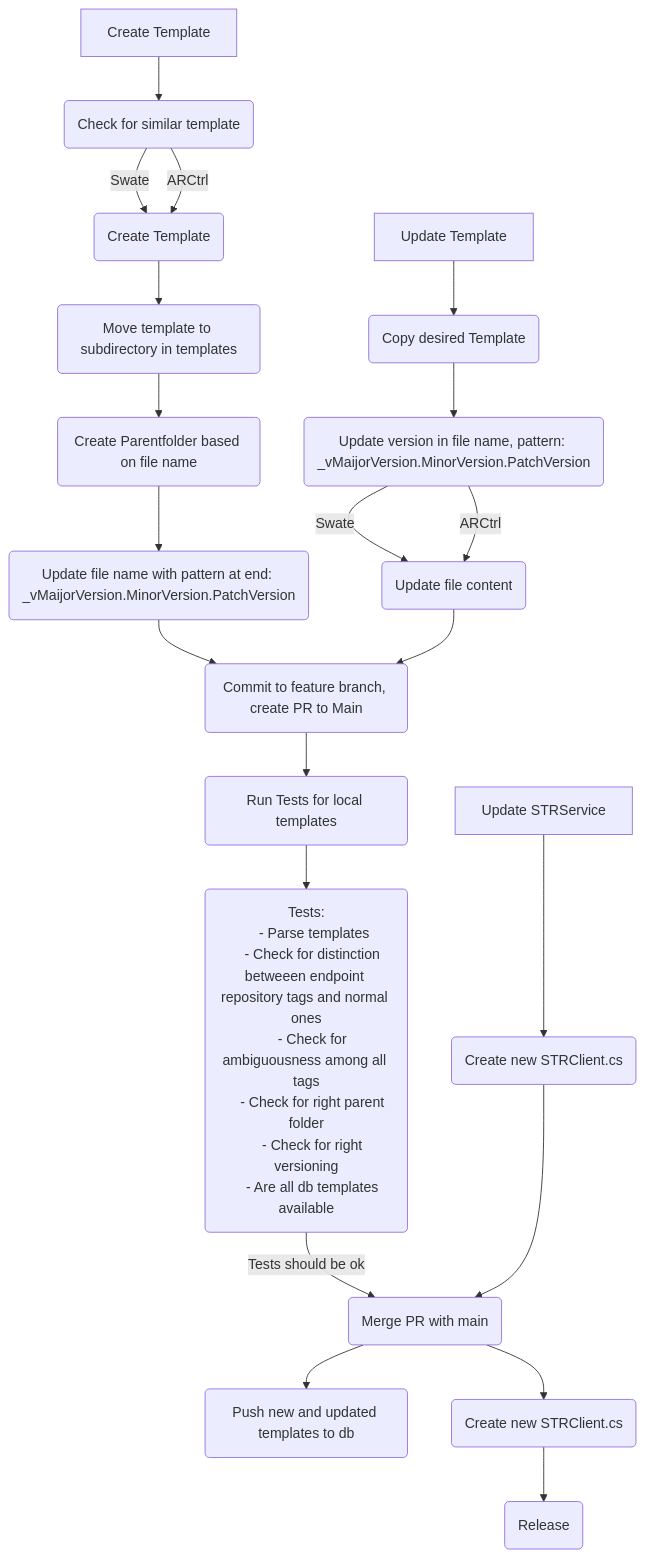
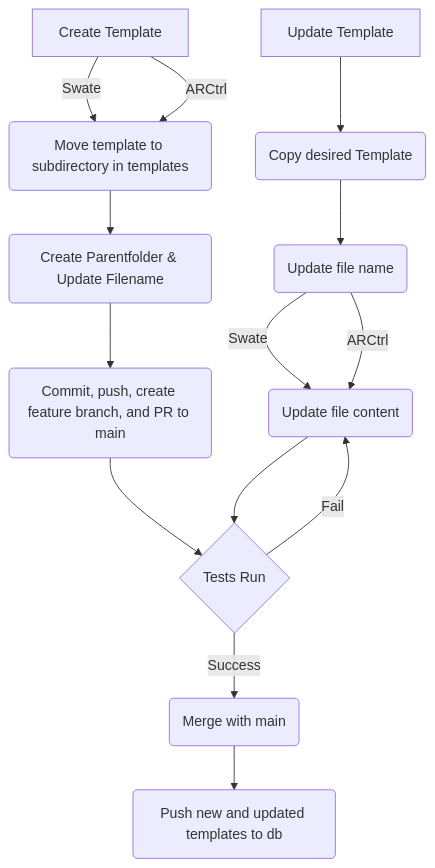
The diagram in src/STRCI/README.md (nfdi4plants/Swate-templates), drawn with Mermaid before and after one commit. The commit also changed other lines of this file and 1 other file, not shown here.

Commit message:
Update workflow graphs

````diff
--- a/src/STRCI/README.md
+++ b/src/STRCI/README.md
@@ -1,30 +3,16 @@
 ```mermaid
     flowchart TD
-    A[Create Template] --> B(Check for similar template)
-    B --> |Swate| C(Create Template)
-    B --> |ARCtrl| C(Create Template)
-    C --> D(Move template to subdirectory in templates)
-    D --> E(Create Parentfolder based on file name)
-    E --> F(Update file name with pattern at end: _vMaijorVersion.MinorVersion.PatchVersion)
-    AA[Update Template] --> BB(Copy desired Template)
-    BB --> CC(Update version in file name, pattern: _vMaijorVersion.MinorVersion.PatchVersion)
-    CC --> |Swate| DD(Update file content)
-    CC --> |ARCtrl| DD(Update file content)
-    F --> G(Commit to feature branch, create PR to Main)
-    DD --> G
-    G --> H(Run Tests for local templates)
-    H --> I(Tests:
-        - Parse templates
-        - Check for distinction betweeen endpoint repository tags and normal ones
-        - Check for ambiguousness among all tags
-        - Check for right parent folder
-        - Check for right versioning
-        - Are all db templates available
-        )
-    I --> |Tests should be ok| J(Merge PR with main)
-    J --> K(Push new and updated templates to db)
-    AAA[Update STRService] --> BBB(Create new STRClient.cs)
-    BBB -->J
-    J --> M(Create new STRClient.cs)
-    M --> N(Release)
+    A[Create Template] -->|Swate| B(Move template to subdirectory in templates)
+    A --> |ARCtrl| B
+    B --> C(Create Parentfolder & Update Filename)
+    C --> D(Commit, push, create feature branch, and PR to main)
+    D --> E{Tests Run}
+    1[Update Template] --> 2(Copy desired Template)
+    2 --> 3(Update file name)
+    3 --> |Swate| 4(Update file content)
+    3 --> |ARCtrl| 4(Update file content)
+    4 --> E{Tests Run}
+    E --> |Fail|4
+    E --> |Success| F(Merge with main)
+    F --> G(Push new and updated templates to db)
 ```
````
